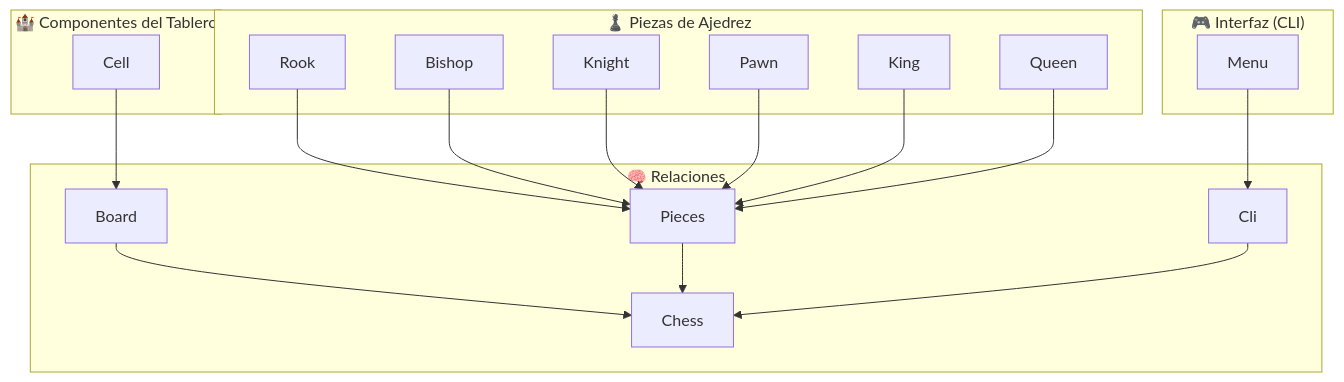
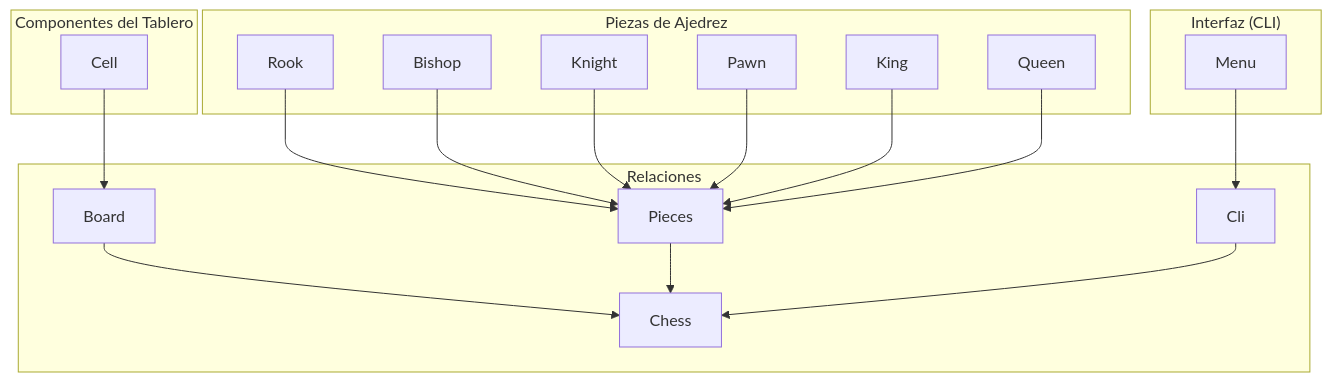
One commit to um-computacion-tm/ajedrez-2024-AugustoGiuffrida changed the diagram in README.md. Above: the diagram before and after it, drawn with Mermaid.

````diff
--- a/README.md
+++ b/README.md
@@ -67,26 +67,26 @@
 ```mermaid
 graph TD;
 
-    subgraph "🧠 Relaciones"
+    subgraph "Relaciones"
         Board --> Chess 
         Pieces --> Chess
         Cli --> Chess
     end
 
-    subgraph "♟️ Piezas de Ajedrez"
+    subgraph "Interfaz (CLI)"
+        Menu --> Cli
+    end
+
+    subgraph "Componentes del Tablero"
+        Cell --> Board
+    end
+
+    subgraph "Piezas de Ajedrez"
         Rook   --> Pieces
         Bishop --> Pieces  
         Knight --> Pieces
         Pawn --> Pieces
         King --> Pieces
         Queen --> Pieces
     end
-
-    subgraph "🎮 Interfaz (CLI)"
-        Menu --> Cli
-    end
-
-    subgraph "🏰 Componentes del Tablero"
-        Cell --> Board
-    end
 ```
````
